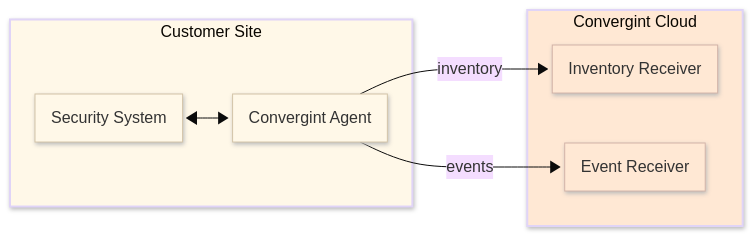
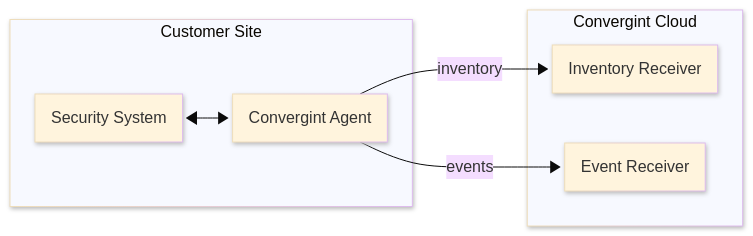
Before and after one commit to convergint/on-prem-to-cloud: the first of 5 diagrams in README.md, drawn with Mermaid.

````diff
--- a/README.md
+++ b/README.md
@@ -34,29 +34,22 @@
 ```mermaid
 ---
 config:
   theme: base
   layout: dagre
   look: neo
 ---
 flowchart LR
   subgraph customerSite [Customer Site]
     securitySystem[Security System]
     convergintAgent[Convergint Agent]
     securitySystem <--> convergintAgent
   end
 
   subgraph convergintCloud [Convergint Cloud]
     inventoryReceiver[Inventory Receiver]
     eventReceiver[Event Receiver]
   end
 
   convergintAgent -->|inventory| inventoryReceiver
   convergintAgent -->|events| eventReceiver
-
-  style customerSite fill:#fff8e8,stroke:#e0d4f7,stroke-width:2px
-  style convergintCloud fill:#ffe8d4,stroke:#e0d4f7,stroke-width:2px
-  style securitySystem fill:#fff8e8,stroke:#d4c4a8
-  style convergintAgent fill:#fff8e8,stroke:#d4c4a8
-  style inventoryReceiver fill:#ffe8d4,stroke:#d4b4a8
-  style eventReceiver fill:#ffe8d4,stroke:#d4b4a8
 ```
````
